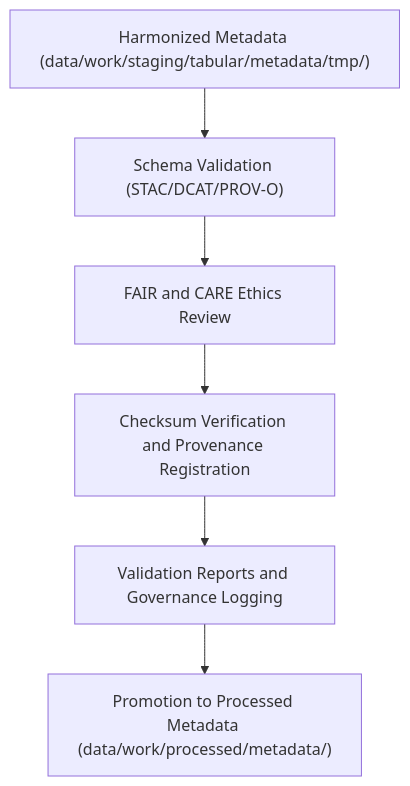
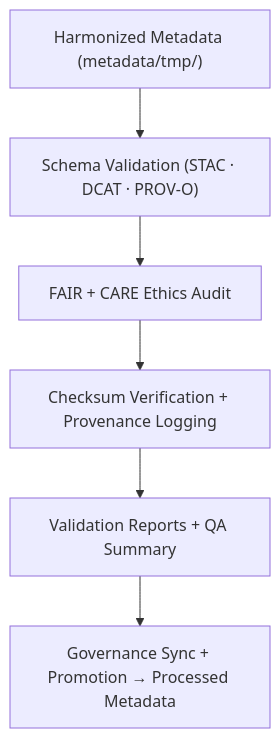
One commit to bartytime4life/Kansas-Frontier-Matrix changed the diagram in data/work/staging/tabular/metadata/validation/README.md. Above: the diagram before and after it, drawn with Mermaid. The commit also changed other lines of this file, not shown here.

````diff
--- a/data/work/staging/tabular/metadata/validation/README.md
+++ b/data/work/staging/tabular/metadata/validation/README.md
@@ -63,8 +66,8 @@
 ```mermaid
 flowchart TD
-    A["Harmonized Metadata (data/work/staging/tabular/metadata/tmp/)"] --> B["Schema Validation (STAC/DCAT/PROV-O)"]
-    B --> C["FAIR and CARE Ethics Review"]
-    C --> D["Checksum Verification and Provenance Registration"]
-    D --> E["Validation Reports and Governance Logging"]
-    E --> F["Promotion to Processed Metadata (data/work/processed/metadata/)"]
+    A["Harmonized Metadata (metadata/tmp/)"] --> B["Schema Validation (STAC · DCAT · PROV-O)"]
+    B --> C["FAIR + CARE Ethics Audit"]
+    C --> D["Checksum Verification + Provenance Logging"]
+    D --> E["Validation Reports + QA Summary"]
+    E --> F["Governance Sync + Promotion → Processed Metadata"]
 ```
````
